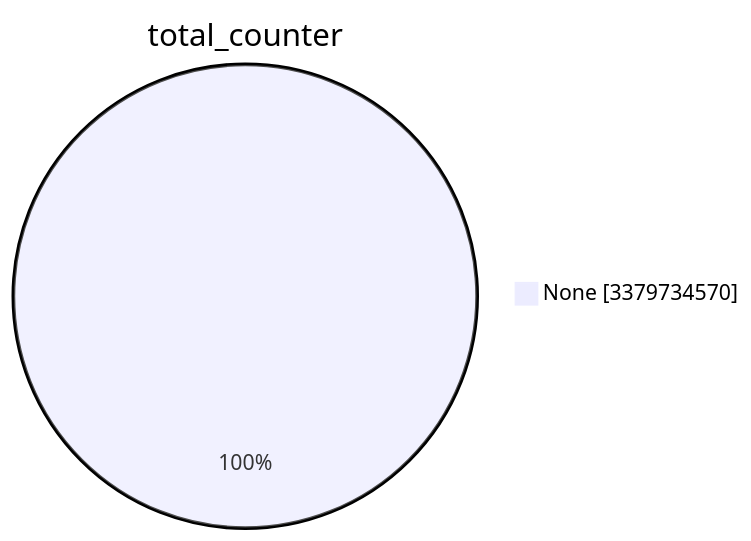
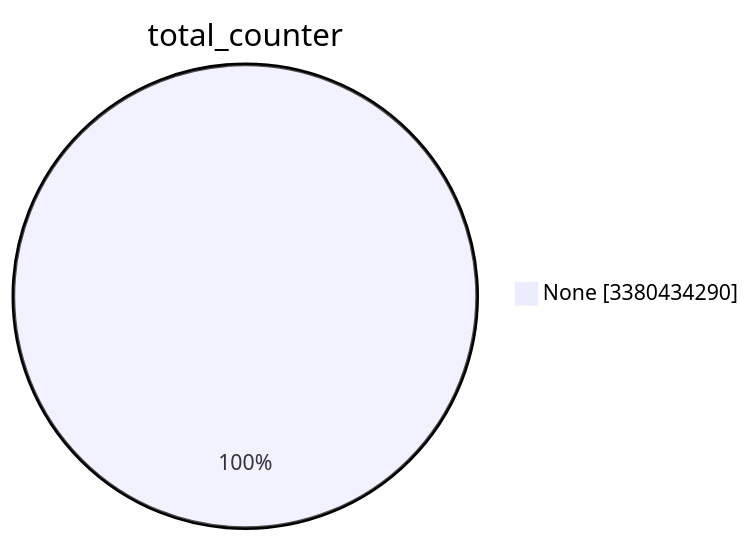
The first of 15 diagrams in TOTAL/README.md (christiankrug/ctmonitor_visualization), drawn with Mermaid before and after one commit. The commit also changed other lines of this file, not shown here.

````diff
--- a/TOTAL/README.md
+++ b/TOTAL/README.md
@@ -1,5 +1,5 @@
 ```mermaid
 pie showData
 title total_counter
-"None" :3379734570
+"None" :3380434290
 ```
````
